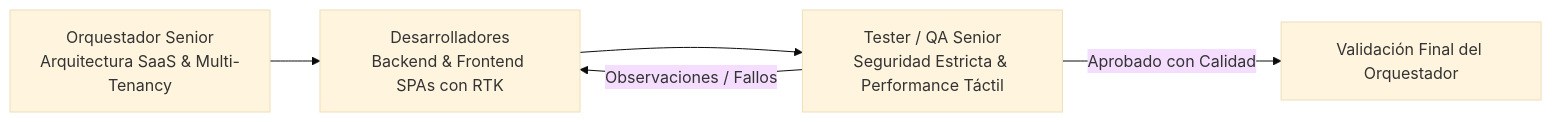
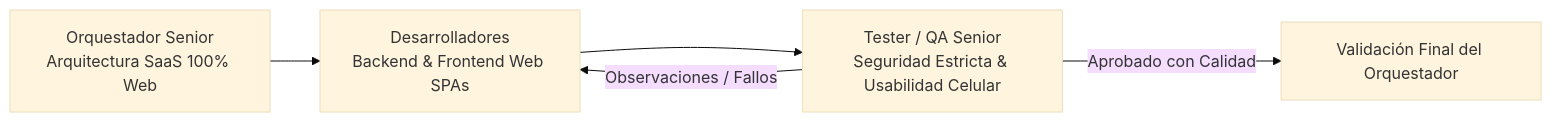
Before and after one commit to ang3lSm1th/Chifasas: the diagram in Spec/constitution/mission.md, drawn with Mermaid (base theme). The commit also changed other lines of this file and 4 other files, not shown here.

Commit message:
docs: consolidar arquitectura 100% Web para celulares y eliminar apps nativas

````diff
--- a/Spec/constitution/mission.md
+++ b/Spec/constitution/mission.md
@@ -53,7 +55,7 @@
 ```mermaid
 flowchart LR
-    A[Orquestador Senior\nArquitectura SaaS & Multi-Tenancy] --> B[Desarrolladores\nBackend & Frontend SPAs con RTK]
-    B --> C[Tester / QA Senior\nSeguridad Estricta & Performance Táctil]
+    A[Orquestador Senior\nArquitectura SaaS 100% Web] --> B[Desarrolladores\nBackend & Frontend Web SPAs]
+    B --> C[Tester / QA Senior\nSeguridad Estricta & Usabilidad Celular]
     C -->|Observaciones / Fallos| B
     C -->|Aprobado con Calidad| D[Validación Final del Orquestador]
 ```
````
